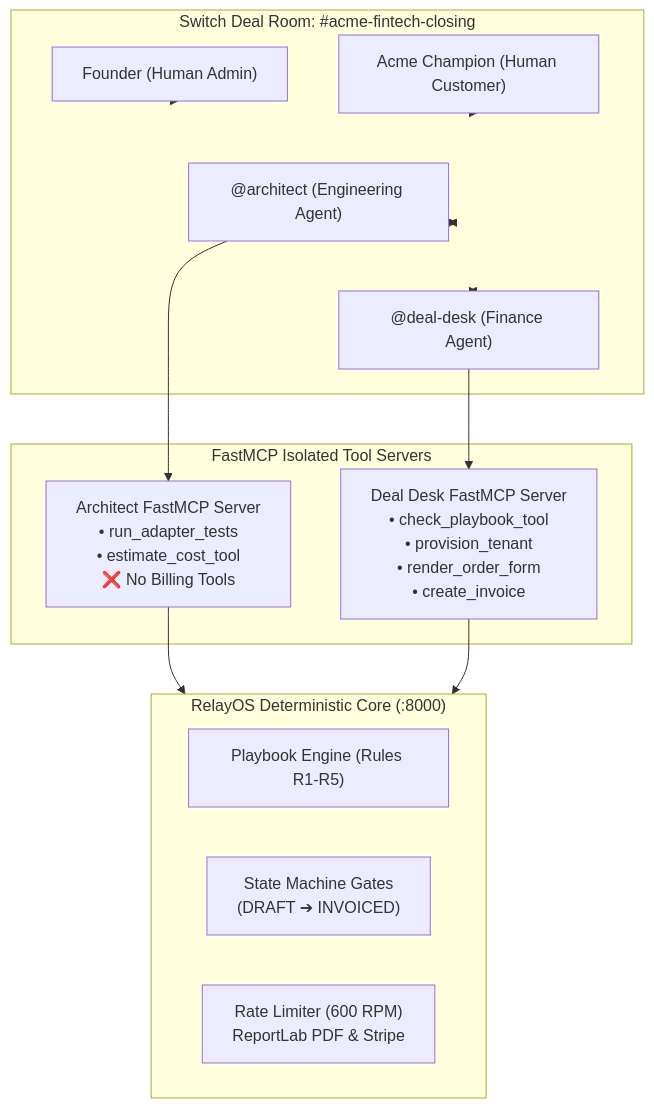
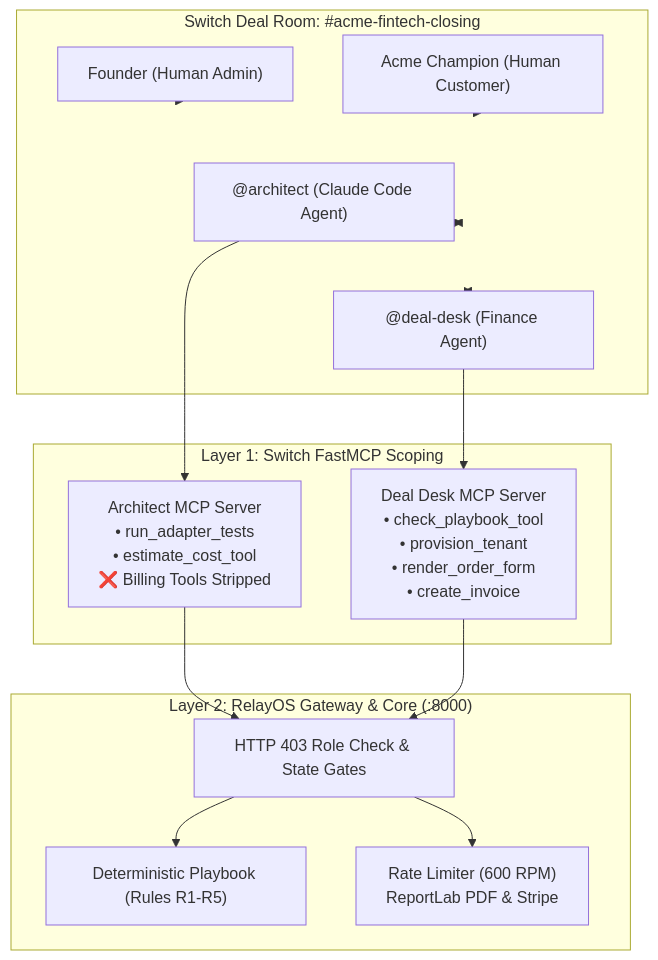
Before and after one commit to aiwithrajan/RelayOS: the diagram in docs/BLOG_POST.md, drawn with Mermaid. The commit also changed other lines of this file and 1 other file, not shown here.

Commit message:
docs: polish RelayOS for Switch blog post and readme with YouTube video link

````diff
--- a/docs/BLOG_POST.md
+++ b/docs/BLOG_POST.md
@@ -46,29 +46,31 @@
 ```mermaid
 graph TD
     subgraph SwitchRoom ["Switch Deal Room: #acme-fintech-closing"]
         Founder["Founder (Human Admin)"]
         Champion["Acme Champion (Human Customer)"]
-        Architect["@architect (Engineering Agent)"]
+        Architect["@architect (Claude Code Agent)"]
         DealDesk["@deal-desk (Finance Agent)"]
     end
 
-    subgraph FastMCP ["FastMCP Isolated Tool Servers"]
-        ArchMCP["Architect FastMCP Server<br/>• run_adapter_tests<br/>• estimate_cost_tool<br/>❌ No Billing Tools"]
-        DeskMCP["Deal Desk FastMCP Server<br/>• check_playbook_tool<br/>• provision_tenant<br/>• render_order_form<br/>• create_invoice"]
+    subgraph SwitchFastMCP ["Layer 1: Switch FastMCP Scoping"]
+        ArchMCP["Architect MCP Server<br/>• run_adapter_tests<br/>• estimate_cost_tool<br/>❌ Billing Tools Stripped"]
+        DeskMCP["Deal Desk MCP Server<br/>• check_playbook_tool<br/>• provision_tenant<br/>• render_order_form<br/>• create_invoice"]
     end
 
-    subgraph CoreBackend ["RelayOS Deterministic Core (:8000)"]
-        Playbook["Playbook Engine (Rules R1-R5)"]
-        StateMachine["State Machine Gates<br/>(DRAFT ➔ INVOICED)"]
+    subgraph BackendSecurity ["Layer 2: RelayOS Gateway & Core (:8000)"]
+        SecGate["HTTP 403 Role Check & State Gates"]
+        Playbook["Deterministic Playbook (Rules R1-R5)"]
         Fulfillment["Rate Limiter (600 RPM)<br/>ReportLab PDF & Stripe"]
     end
 
     Founder --> SwitchRoom
     Champion --> SwitchRoom
     SwitchRoom <--> Architect
     SwitchRoom <--> DealDesk
     Architect --> ArchMCP
     DealDesk --> DeskMCP
-    ArchMCP --> CoreBackend
-    DeskMCP --> CoreBackend
+    ArchMCP --> SecGate
+    DeskMCP --> SecGate
+    SecGate --> Playbook
+    SecGate --> Fulfillment
 ```
````
